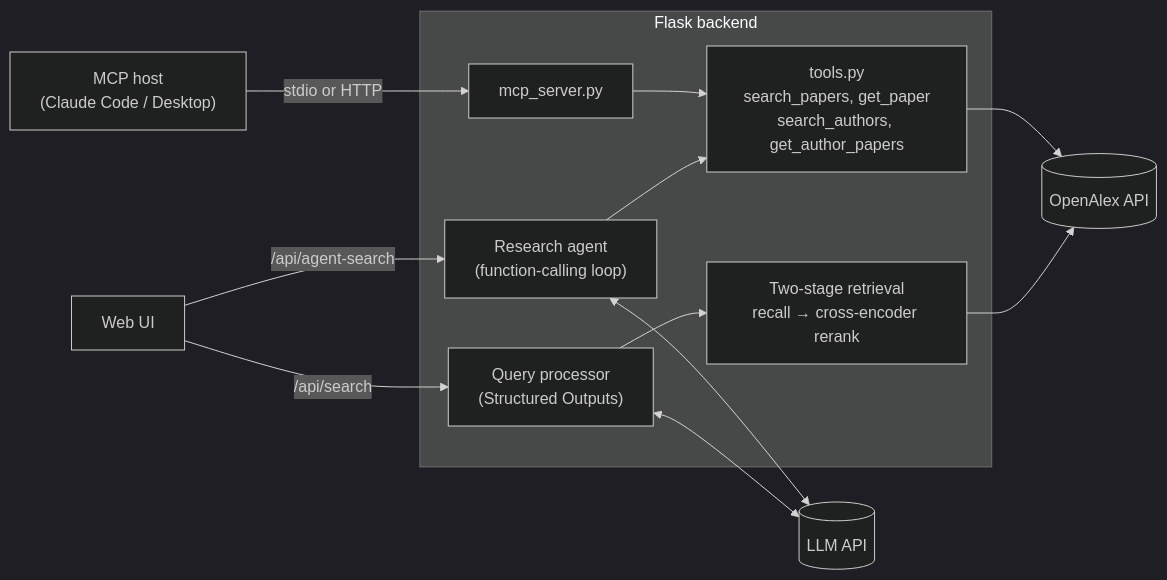
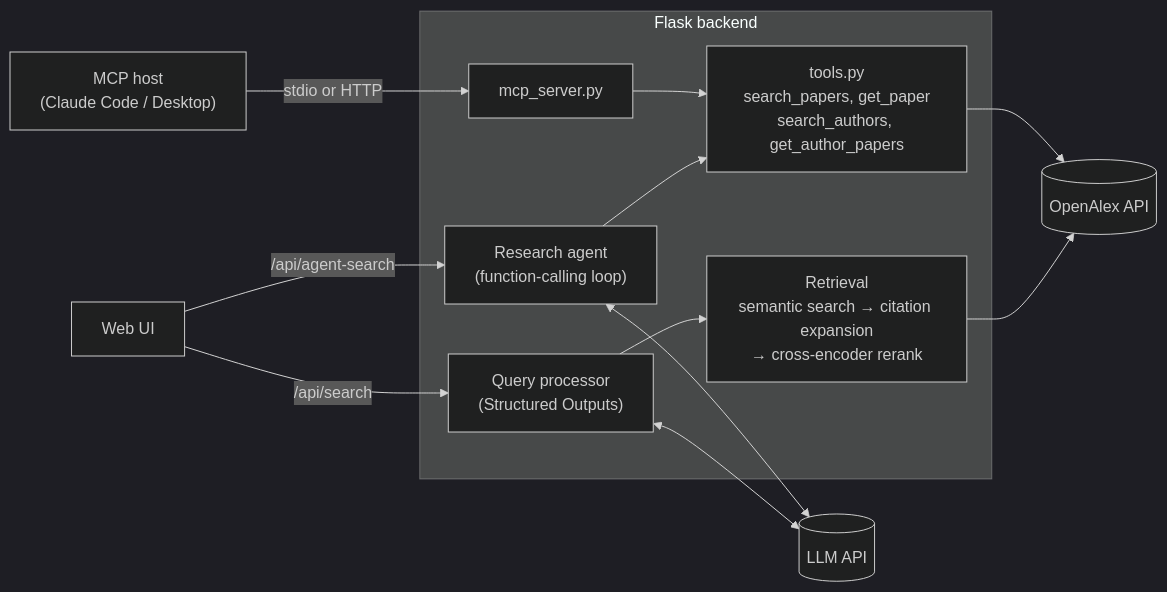
The diagram in README.md (LynnUoE/om-dissertation-implementation), drawn with Mermaid (dark theme) before and after one commit. The commit also changed other lines of this file and 22 other files, not shown here.

First line of the commit message:
Switch pipeline search to OpenAlex semantic search with citation expansion

````diff
--- a/README.md
+++ b/README.md
@@ -17,20 +17,20 @@
 ```mermaid
 flowchart LR
     subgraph Backend [Flask backend]
         Pipeline["Query processor<br/>(Structured Outputs)"]
-        Searcher["Two-stage retrieval<br/>recall → cross-encoder rerank"]
+        Searcher["Retrieval<br/>semantic search → citation expansion<br/>→ cross-encoder rerank"]
         Agent["Research agent<br/>(function-calling loop)"]
         MCP[mcp_server.py]
         Tools["tools.py<br/>search_papers, get_paper<br/>search_authors, get_author_papers"]
     end
     UI[Web UI] -->|/api/search| Pipeline
     UI -->|/api/agent-search| Agent
     Host["MCP host<br/>(Claude Code / Desktop)"] -->|stdio or HTTP| MCP
     Pipeline --> Searcher
     Agent --> Tools
     MCP --> Tools
     Pipeline <--> LLM[(LLM API)]
     Agent <--> LLM
     Searcher --> OA[(OpenAlex API)]
     Tools --> OA
 ```
````
